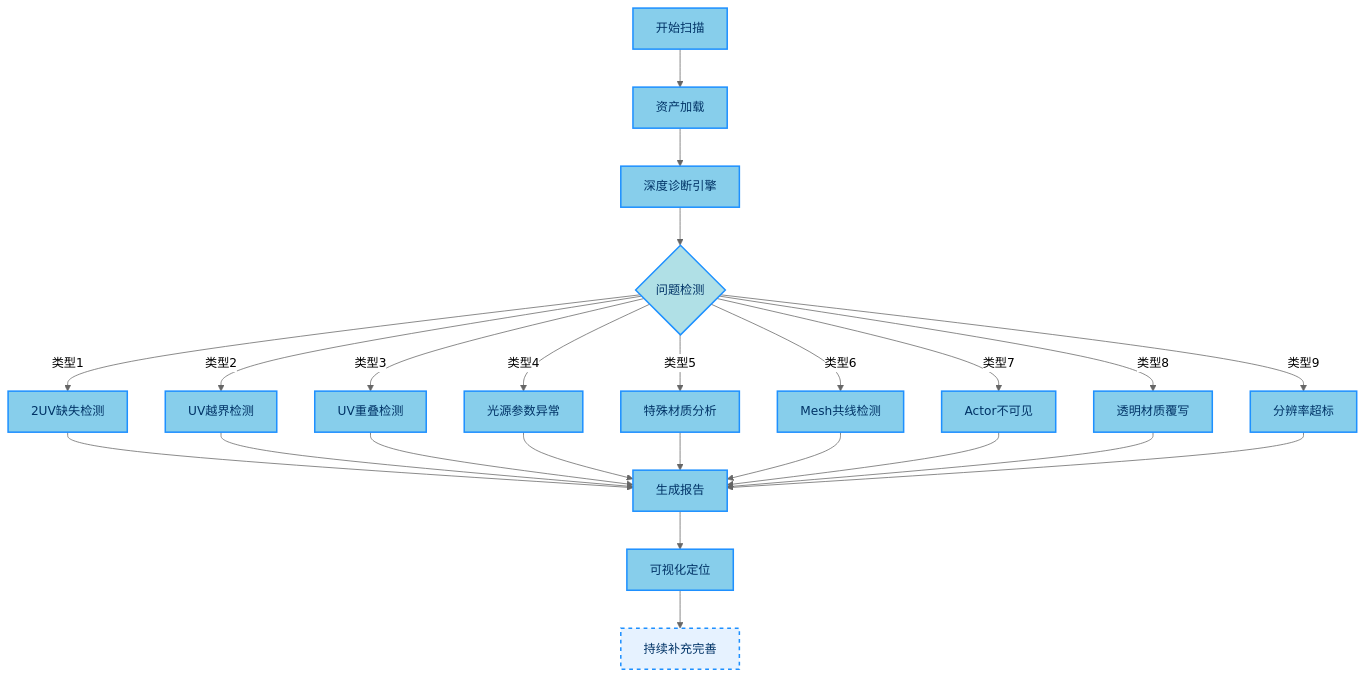
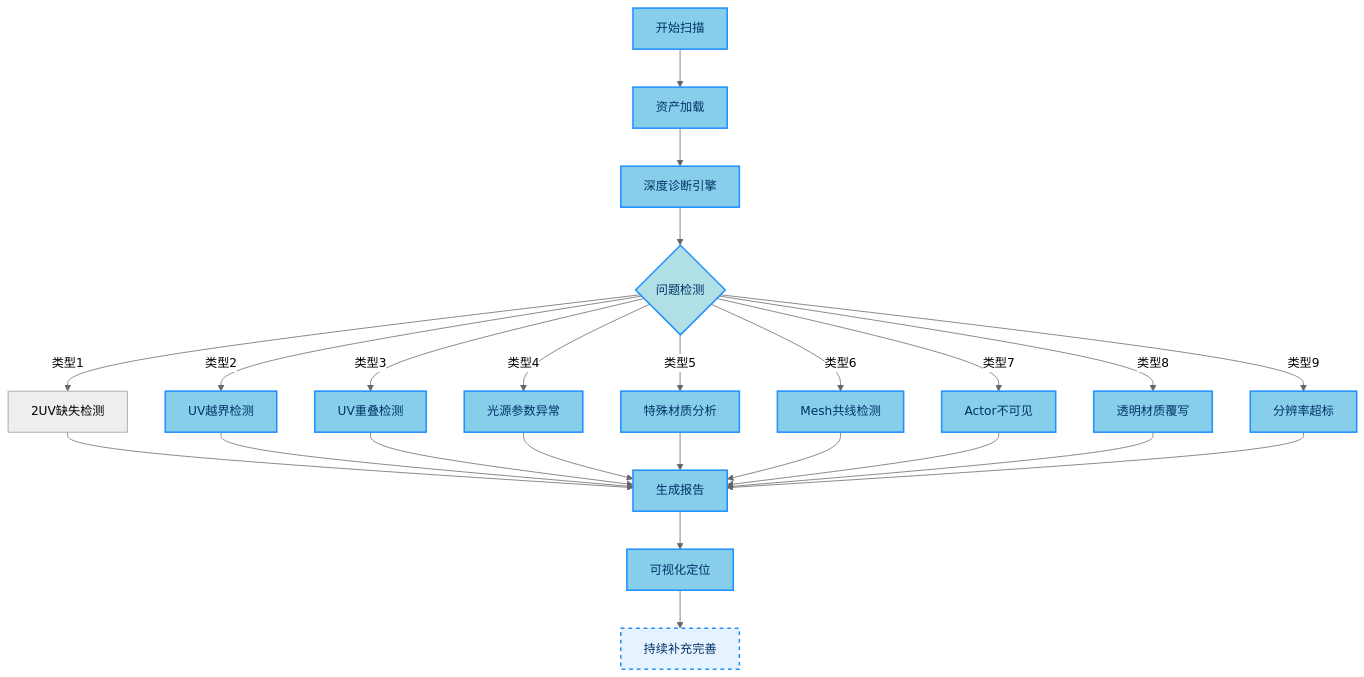
Before and after one commit to archieluan/iodraw-files: the diagram in all/未命名-2.md, drawn with Mermaid (neutral theme).

Commit message:
2025-06-07 12:29:32 update

````diff
--- a/all/未命名-2.md
+++ b/all/未命名-2.md
@@ -1,39 +1,39 @@
 ```mermaid
 graph TD
   A[开始扫描]:::blueNode --> B[资产加载]
   B --> C[深度诊断引擎]
   C --> D{问题检测}:::diamond
   D -->|类型1| E[2UV缺失检测]
   D -->|类型2| F[UV越界检测]
   D -->|类型3| G[UV重叠检测]
   D -->|类型4| H[光源参数异常]
   D -->|类型5| I[特殊材质分析]
   D -->|类型6| J[Mesh共线检测]
   D -->|类型7| K[Actor不可见]
   D -->|类型8| L[透明材质覆写]
   D -->|类型9| M[分辨率超标]
   E --> N[生成报告]:::report
   F --> N
   G --> N
   H --> N
   I --> N
   J --> N
   K --> N
   L --> N
   M --> N
   N --> O[可视化定位]:::action
   O --> P[持续补充完善]:::special
   style P stroke:#1E90FF,stroke-width:2px,stroke-dasharray:5 5,fill:#E6F2FF
 
   classDef blueNode fill:#87CEEB,stroke:#1E90FF,stroke-width:2px,color:#003366
   classDef diamond fill:#B0E0E6,stroke:#1E90FF,stroke-width:2px,color:#003366
   classDef report fill:#E6F2FF,stroke:#1E90FF,stroke-width:1.5px,color:#003366
   classDef action fill:#87CEEB,stroke:#1E90FF,stroke-width:2px,color:#003366
   classDef special fill:#F0F8FF,stroke:#1E90FF,stroke-width:2px,color:#003366
   
-  class A,B,C,E,F,G,H,I,J,K,L,M,N,O blueNode;
+  class A,B,C,dsE,F,G,H,I,J,K,L,M,N,O blueNode;
   class D diamond;
 
   class O action;
   class P special;
 ```
````
